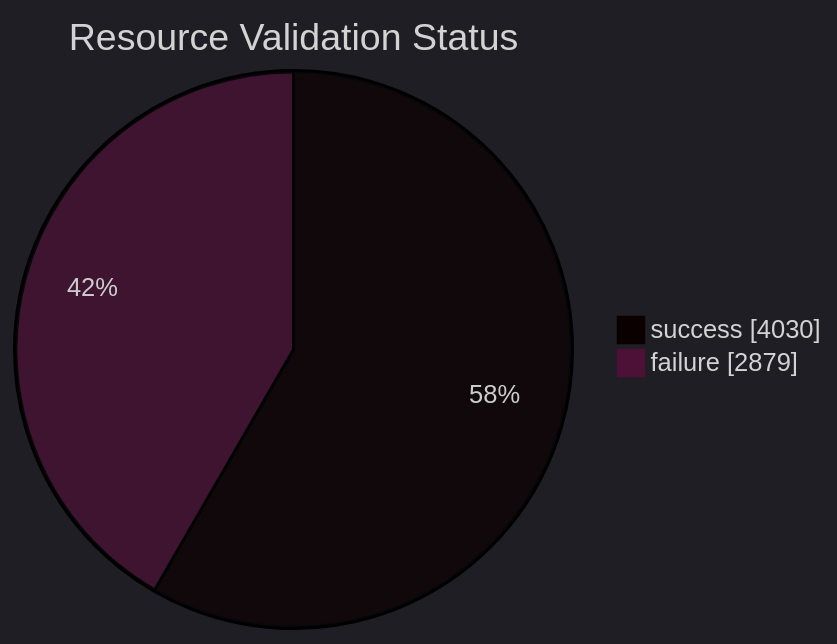
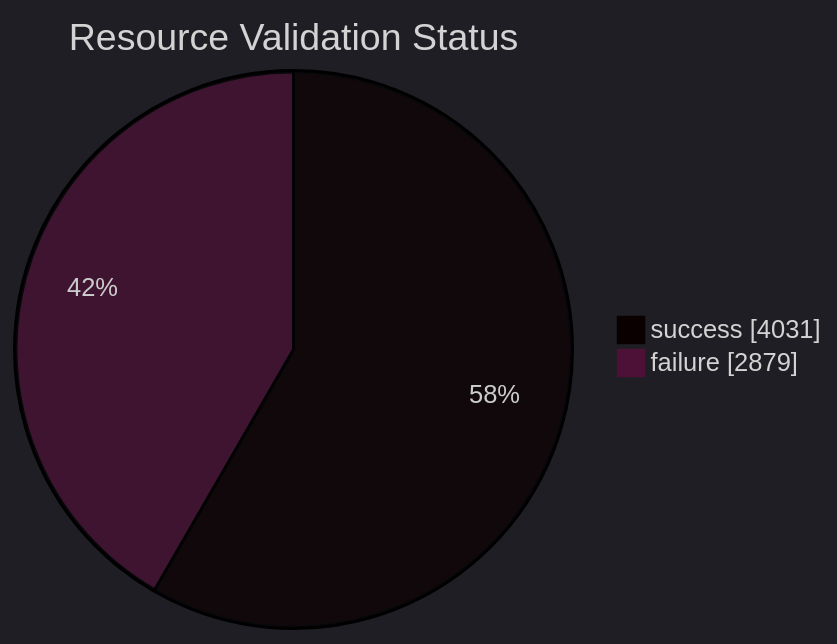
One commit to open-data/analytics-corporate-reporting changed the diagram in datastore_tracker/resource_validation_status_pie_chart.md. Above: the diagram before and after it, drawn with Mermaid. The commit also changed 10 other files, not shown here.

````diff
--- a/datastore_tracker/resource_validation_status_pie_chart.md
+++ b/datastore_tracker/resource_validation_status_pie_chart.md
@@ -2,9 +2,9 @@
 ```mermaid
 ---
 config:
   theme: dark
 ---
 pie showData title Resource Validation Status
-    "success": 4030
+    "success": 4031
     "failure": 2879
 ```
````
